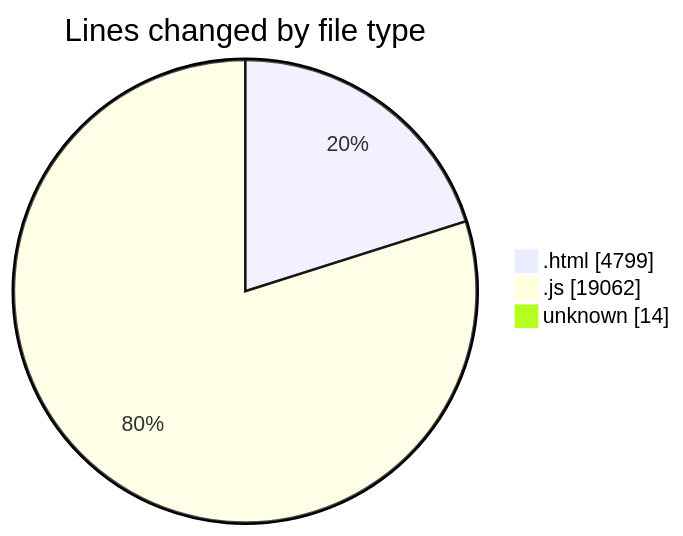
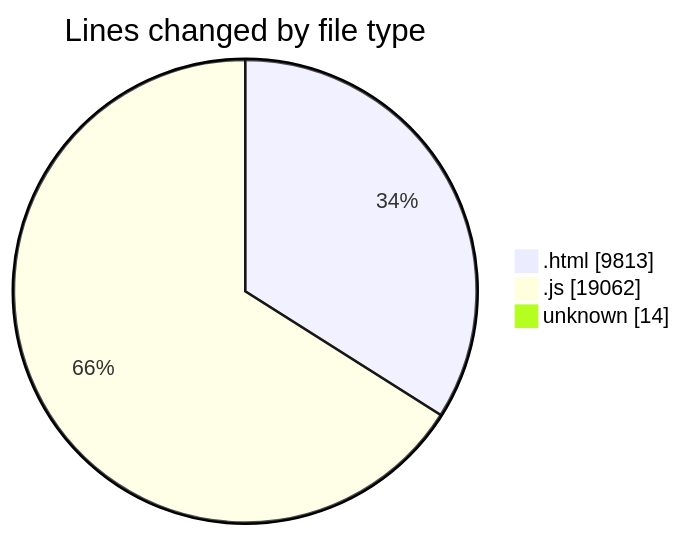
One commit to LanceThiago/code-tracking changed the first of 2 diagrams in 2025-04-24/enre_-_calculadora_de_consumo_v_2022_files/README.md. Above: the diagram before and after it, drawn with Mermaid. The commit also changed other lines of this file and 1 other file, not shown here.

````diff
--- a/2025-04-24/enre_-_calculadora_de_consumo_v_2022_files/README.md
+++ b/2025-04-24/enre_-_calculadora_de_consumo_v_2022_files/README.md
@@ -22,7 +24,7 @@
 ```mermaid
 pie showData
 title Lines changed by file type
-".html" : 4799
+".html" : 9813
 ".js" : 19062
 "unknown" : 14
 ```
````
